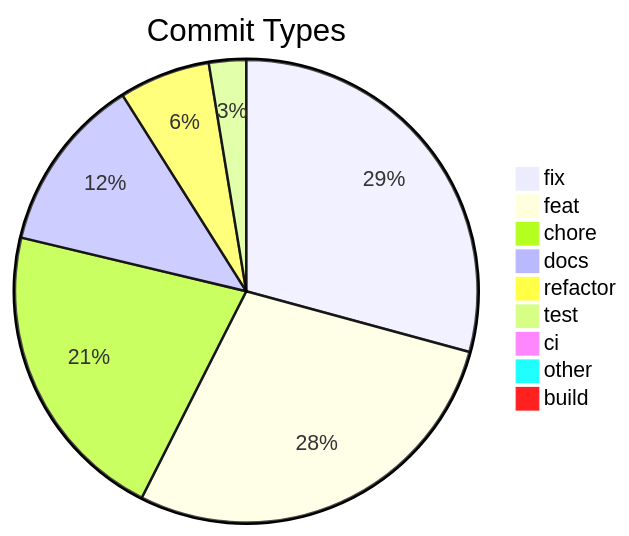
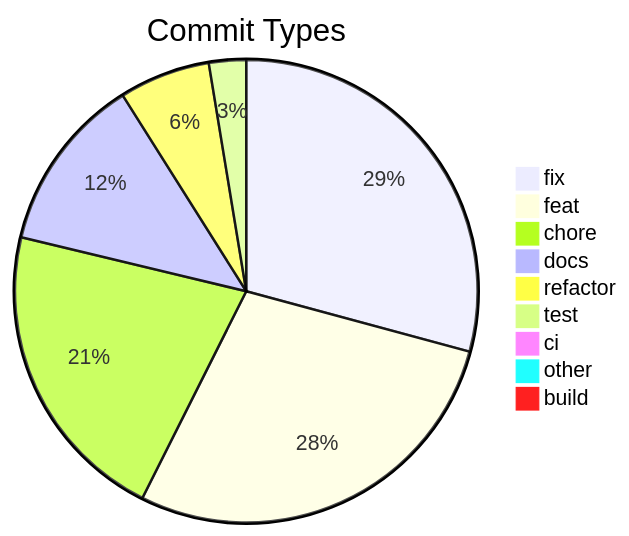
Before and after one commit to svenroth-ai/shipwright: the diagram in .shipwright/compliance/change-history.md, drawn with Mermaid. The commit also changed other lines of this file and 46 other files, not shown here.

````diff
--- a/.shipwright/compliance/change-history.md
+++ b/.shipwright/compliance/change-history.md
@@ -9,12 +9,12 @@
 ```mermaid
 pie title Commit Types
     "fix" : 349
     "feat" : 337
-    "chore" : 254
+    "chore" : 255
     "docs" : 147
     "refactor" : 76
     "test" : 31
     "ci" : 11
     "other" : 9
     "build" : 1
 ```
````
